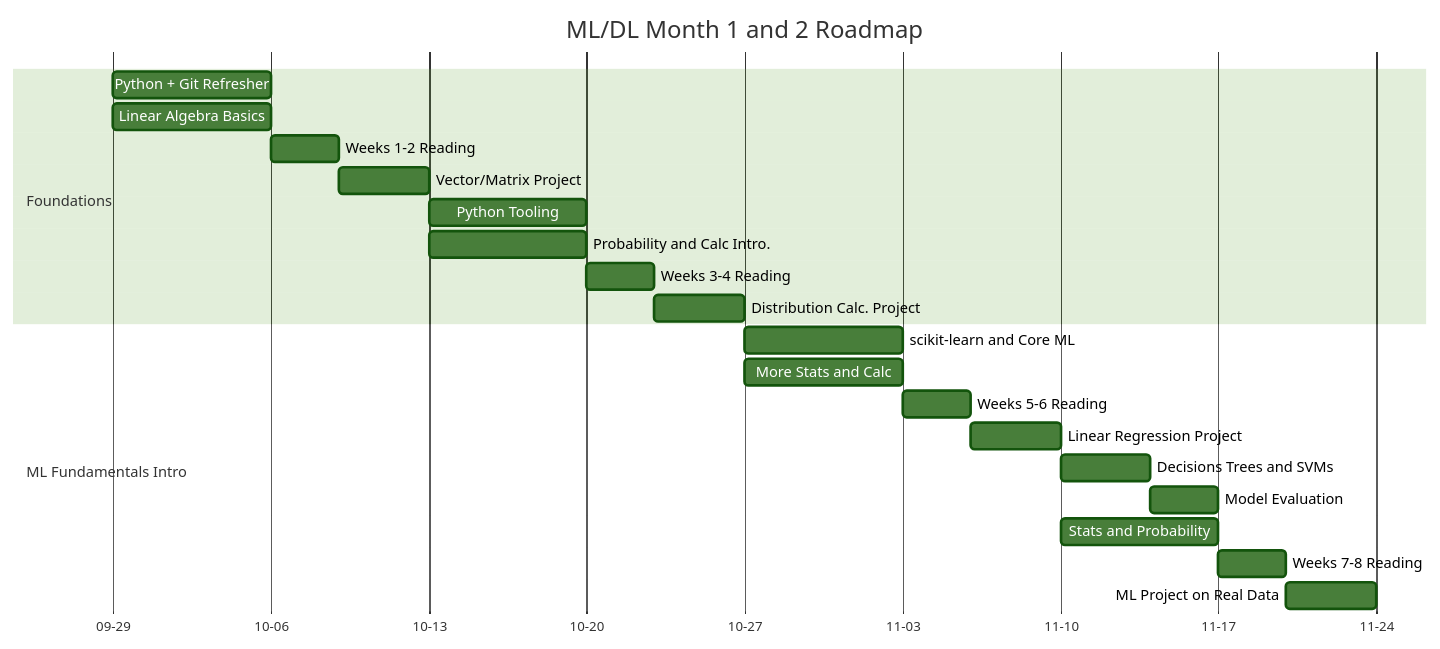
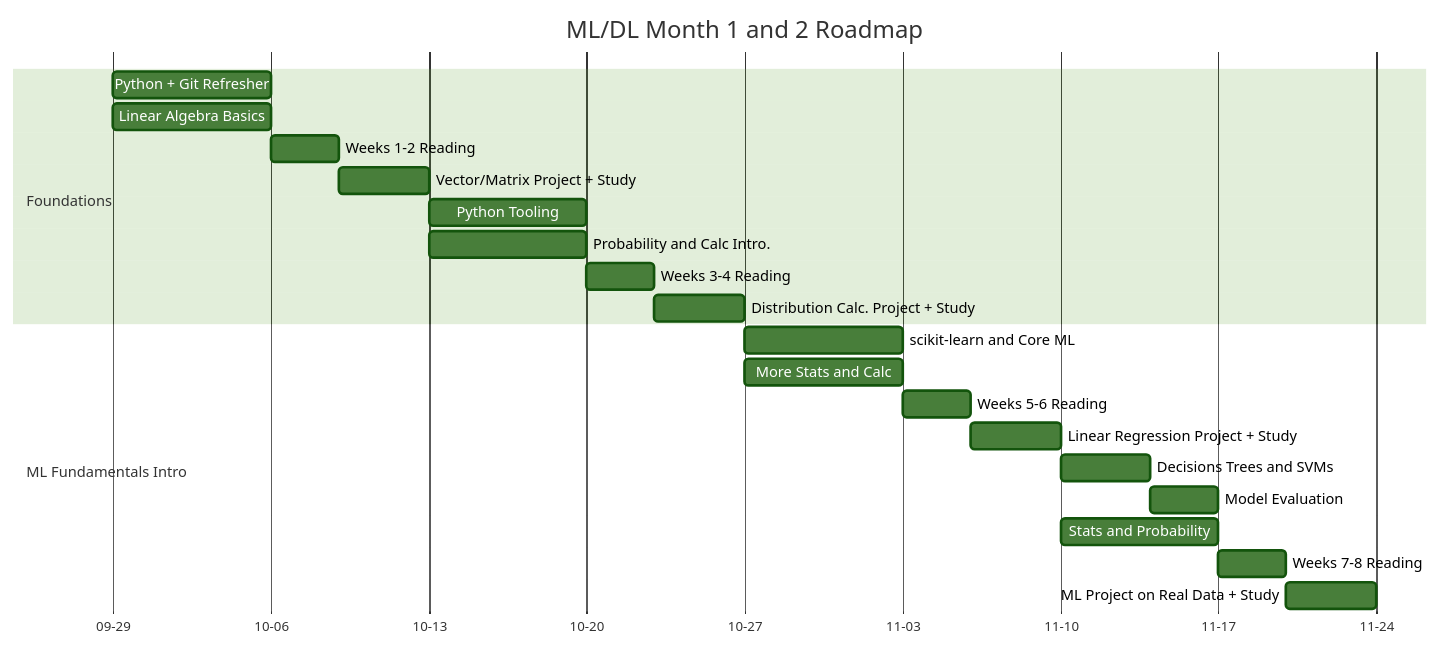
The diagram in gantt-month-1-2.md (Dueling-W/ml-dl-dev-roadmap), drawn with Mermaid (forest theme) before and after one commit. The commit also changed other lines of this file, not shown here.

First line of the commit message:
Update gantt-month-1-2.md

````diff
--- a/gantt-month-1-2.md
+++ b/gantt-month-1-2.md
@@ -1,50 +1,50 @@
 ```mermaid
 gantt
     title ML/DL Month 1 and 2 Roadmap
     dateFormat  YYYY-MM-DD
     tickInterval 1week
     weekday monday
     axisFormat  %m-%d
 
     %% ============================
     section Foundations
     Python + Git Refresher    :a1, 2025-09-29, 7d
     Linear Algebra Basics     :a2, 2025-09-29, 7d
     Weeks 1-2 Reading            :a3, after a2, 3d
-    Vector/Matrix Project    :a4, after a3, 4d
+    Vector/Matrix Project + Study    :a4, after a3, 4d
     Python Tooling          :a5, after a4, 7d
     Probability and Calc Intro.    :a6, after a4, 7d
     Weeks 3-4 Reading          :a7, after a6, 3d
-    Distribution Calc. Project  :a8, after a7, 4d
+    Distribution Calc. Project + Study  :a8, after a7, 4d
 
     section ML Fundamentals Intro
     scikit-learn and Core ML      :b1, after a8, 7d
     More Stats and Calc:          : b2, after a8, 7d
     Weeks 5-6 Reading             : b3, after b1, 3d
-    Linear Regression Project     : b4, after b3, 4d
+    Linear Regression Project + Study     : b4, after b3, 4d
     Decisions Trees and SVMs      :b5, after b4, 4d
     Model Evaluation              :b6, after b5, 3d
     Stats and Probability:        :b7, after b4, 7d
     Weeks 7-8 Reading             :b8, after b6, 3d
-    ML Project on Real Data       :b9, after b8, 4d
+    ML Project on Real Data + Study      :b9, after b8, 4d
 
     %% ============================
     %%section ML Fundamentals (Months 3-4)
     %%Linear/Logistic Regression      :b1, 2025-11-15, 14d
     %%Gradient Descent Implementation :b2, after b1, 14d
     %%Decision Trees + SVMs           :b3, after b2, 14d
     %%Model Eval: ROC/AUC, CV         :b4, after b3, 14d
     %%PCA + Dimensionality Reduction  :b5, 2025-12-15, 14d
     %%Regularization + Bias-Variance  :b6, after b5, 14d
     %%End-to-End ML Pipeline Project  :b7, after b6, 14d
 
     %% ============================
     %%section Deep Learning Foundations (Months 5-6)
     %%Neural Net from Scratch (NumPy) :c1, 2026-01-15, 14d
     %%Backpropagation + Activations   :c2, after c1, 14d
     %%PyTorch Basics + MLP Training   :c3, after c2, 14d
     %%CNN Basics (CIFAR-10)           :c4, after c3, 14d
     %%Regularization (Dropout/BN)     :c5, 2026-02-15, 14d
     %%Transfer Learning w/ ResNet     :c6, after c5, 14d
     %%Final Report + Wrap-Up          :c7, after c6, 14d
 ```
````
